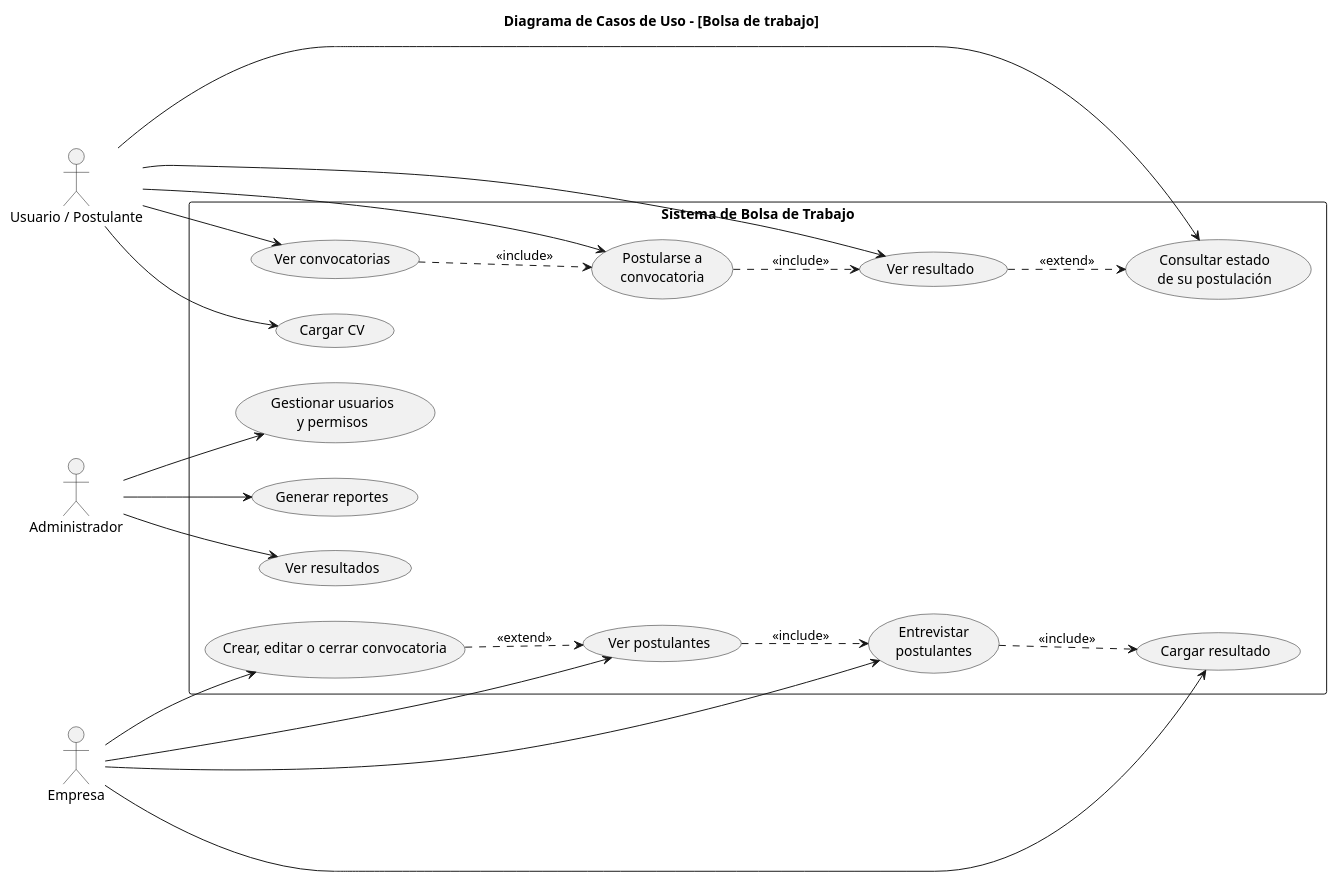
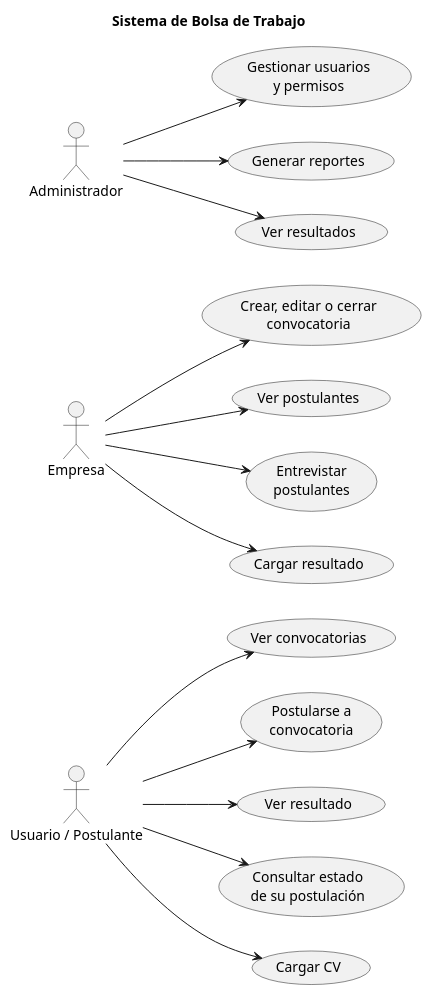
One commit to max022oran/eidas.grupo06-gestion-convocatorias-entrevistas-del-terciariourquiza changed the diagram in diagramas/casos-de-uso.puml. Above: the diagram before and after it, drawn with PlantUML.

```diff
--- a/diagramas/casos-de-uso.puml
+++ b/diagramas/casos-de-uso.puml
@@ -1,103 +1,75 @@
 @startuml
-title Diagrama de Casos de Uso - [Bolsa de trabajo]
+
+title Sistema de Bolsa de Trabajo
 
 left to right direction
 
-' ==========================================
+' ======================================
 ' ACTORES
-' ==========================================
+' ======================================
 
 actor "Usuario / Postulante" as Usuario
 actor "Empresa" as Empresa
 actor "Administrador" as Administrador
 
 
-' ==========================================
-' SISTEMA
-' ==========================================
+' ======================================
+' CASOS DE USO - USUARIO
+' ======================================
 
-rectangle "Sistema de Bolsa de Trabajo" {
-
-    ' ======================================
-    ' CASOS DE USO - USUARIO
-    ' ======================================
-
-    usecase "Ver convocatorias" as UC1
-    usecase "Postularse a\nconvocatoria" as UC2
-    usecase "Ver resultado" as UC3
-    usecase "Consultar estado\nde su postulación" as UC4
-    usecase "Cargar CV" as UC5
+usecase "Ver convocatorias" as UC1
+usecase "Postularse a\nconvocatoria" as UC2
+usecase "Ver resultado" as UC3
+usecase "Consultar estado\nde su postulación" as UC4
+usecase "Cargar CV" as UC5
 
 
-    ' ======================================
-    ' CASOS DE USO - EMPRESA
-    ' ======================================
+' ======================================
+' CASOS DE USO - EMPRESA
+' ======================================
 
-    usecase "Crear, editar o cerrar convocatoria" as UC6
-    usecase "Ver postulantes" as UC7
-    usecase "Entrevistar\npostulantes" as UC8
-    usecase "Cargar resultado" as UC9
+usecase "Crear, editar o cerrar\nconvocatoria" as UC6
+usecase "Ver postulantes" as UC7
+usecase "Entrevistar\npostulantes" as UC8
+usecase "Cargar resultado" as UC9
 
 
-    ' ======================================
-    ' CASOS DE USO - ADMINISTRADOR
-    ' ======================================
+' ======================================
+' CASOS DE USO - ADMINISTRADOR
+' ======================================
 
-    usecase "Gestionar usuarios\ny permisos" as UC10
-    usecase "Generar reportes" as UC11
-    usecase "Ver resultados" as UC12
-}
+usecase "Gestionar usuarios\ny permisos" as UC10
+usecase "Generar reportes" as UC11
+usecase "Ver resultados" as UC12
 
 
-' ==========================================
-' RELACIONES CON USUARIO / POSTULANTE
-' ==========================================
+' ======================================
+' RELACIONES - USUARIO
+' ======================================
 
 Usuario --> UC1
 Usuario --> UC2
 Usuario --> UC3
 Usuario --> UC4
 Usuario --> UC5
 
 
-' ==========================================
-' RELACIONES CON EMPRESA
-' ==========================================
+' ======================================
+' RELACIONES - EMPRESA
+' ======================================
 
 Empresa --> UC6
 Empresa --> UC7
 Empresa --> UC8
 Empresa --> UC9
 
 
-' ==========================================
-' RELACIONES CON ADMINISTRADOR
-' ==========================================
+' ======================================
+' RELACIONES - ADMINISTRADOR
+' ======================================
 
 Administrador --> UC10
 Administrador --> UC11
 Administrador --> UC12
 
-
-' ==========================================
-' RELACIONES INCLUDE
-' ==========================================
-
-UC1 ..> UC2 : <<include>>
-
-UC2 ..> UC3 : <<include>>
-
-UC7 ..> UC8 : <<include>>
-
-UC8 ..> UC9 : <<include>>
-
-
-' ==========================================
-' RELACIÓN EXTEND
-' ==========================================
-
-UC6 ..> UC7 : <<extend>>
-
-UC3 ..> UC4 : <<extend>>
-
 @enduml
```
